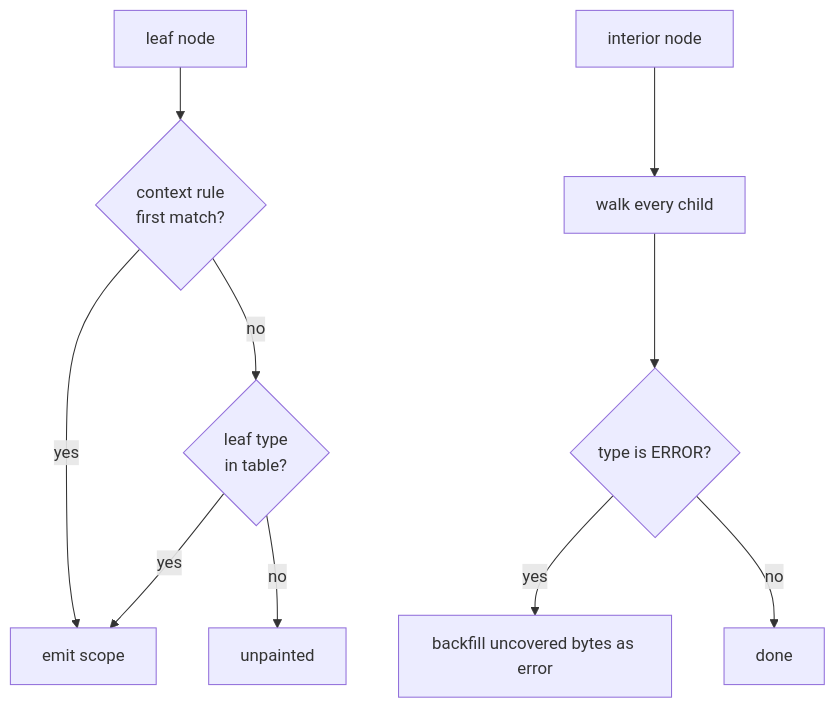
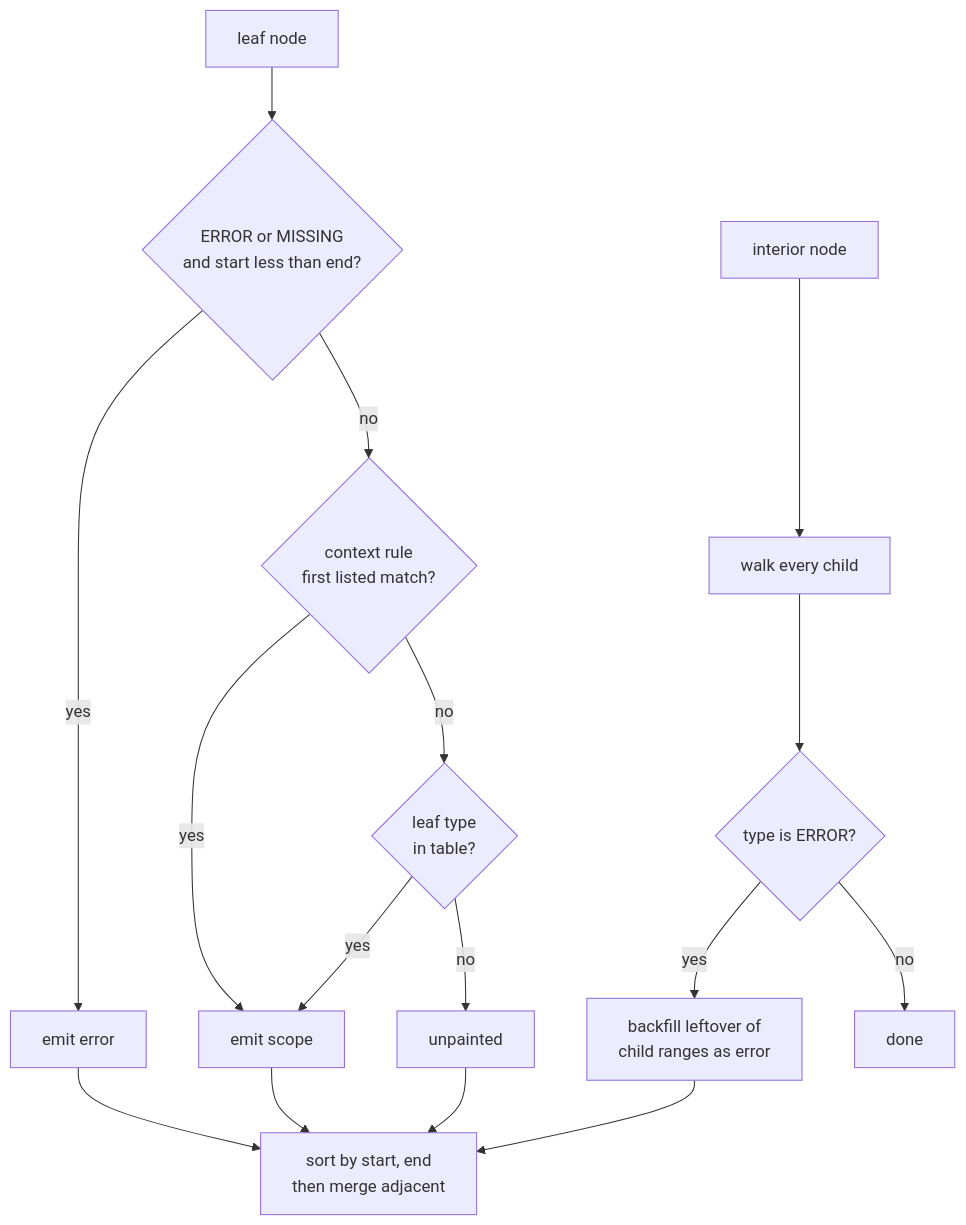
Before and after one commit to dbalmain/edit-tools: the first of 3 diagrams in docs/highlight-design.md, drawn with Mermaid. The commit also changed other lines of this file, not shown here.

````diff
--- a/docs/highlight-design.md
+++ b/docs/highlight-design.md
@@ -627,12 +727,18 @@
 ```mermaid
 flowchart TD
-  A[leaf node] --> B{context rule<br/>first match?}
+  A[leaf node] --> S{ERROR or MISSING<br/>and start less than end?}
+  S -->|yes| R[emit error]
+  S -->|no| B{context rule<br/>first listed match?}
   B -->|yes| C[emit scope]
   B -->|no| D{leaf type<br/>in table?}
   D -->|yes| C
   D -->|no| E[unpainted]
   F[interior node] --> G[walk every child]
   G --> H{type is ERROR?}
-  H -->|yes| I[backfill uncovered bytes as error]
+  H -->|yes| I[backfill leftover of<br/>child ranges as error]
   H -->|no| J[done]
+  I --> K[sort by start, end<br/>then merge adjacent]
+  C --> K
+  R --> K
+  E --> K
 ```
````
